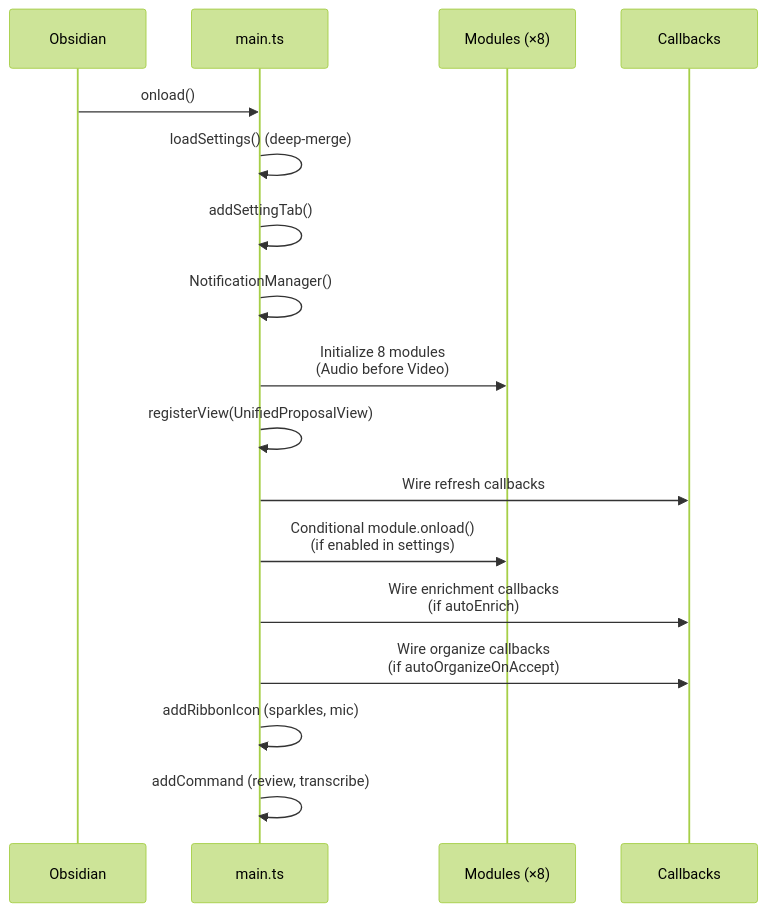
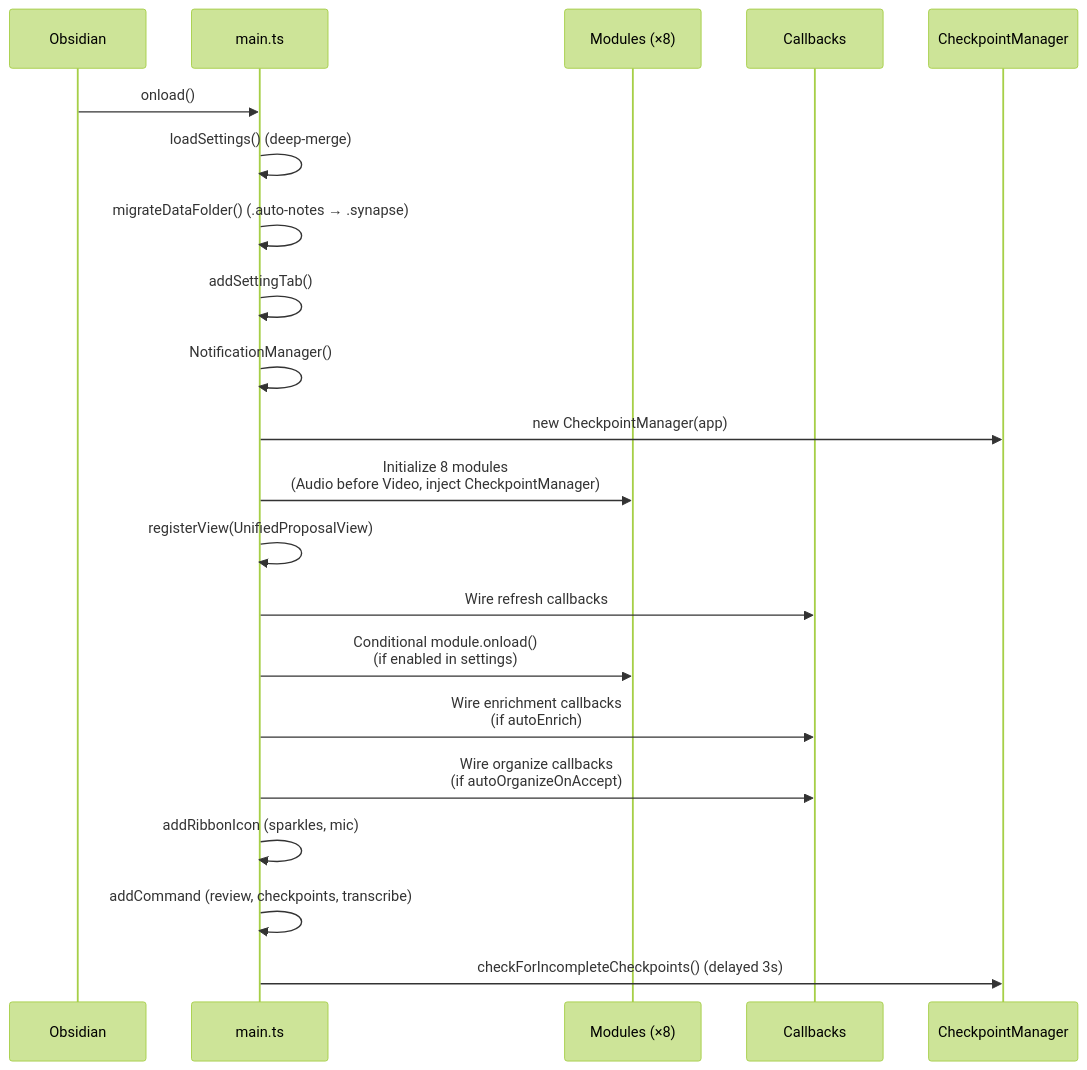
The third of 9 diagrams in ARCHITECTURE.md (dustinkeeton/obsidian-synapse), drawn with Mermaid (forest theme) before and after one commit. The commit also changed other lines of this file and 104 other files, not shown here.

First line of the commit message:
feat: rebrand Auto Notes to Synapse (closes #124) (#127)

````diff
--- a/ARCHITECTURE.md
+++ b/ARCHITECTURE.md
@@ -192,20 +202,24 @@
 ```mermaid
 sequenceDiagram
     participant O as Obsidian
     participant M as main.ts
     participant Mod as Modules (×8)
     participant CB as Callbacks
+    participant CK as CheckpointManager
 
     O->>M: onload()
     M->>M: loadSettings() (deep-merge)
+    M->>M: migrateDataFolder() (.auto-notes → .synapse)
     M->>M: addSettingTab()
     M->>M: NotificationManager()
-    M->>Mod: Initialize 8 modules<br/>(Audio before Video)
+    M->>CK: new CheckpointManager(app)
+    M->>Mod: Initialize 8 modules<br/>(Audio before Video, inject CheckpointManager)
     M->>M: registerView(UnifiedProposalView)
     M->>CB: Wire refresh callbacks
     M->>Mod: Conditional module.onload()<br/>(if enabled in settings)
     M->>CB: Wire enrichment callbacks<br/>(if autoEnrich)
     M->>CB: Wire organize callbacks<br/>(if autoOrganizeOnAccept)
     M->>M: addRibbonIcon (sparkles, mic)
-    M->>M: addCommand (review, transcribe)
+    M->>M: addCommand (review, checkpoints, transcribe)
+    M->>CK: checkForIncompleteCheckpoints() (delayed 3s)
 ```
````
